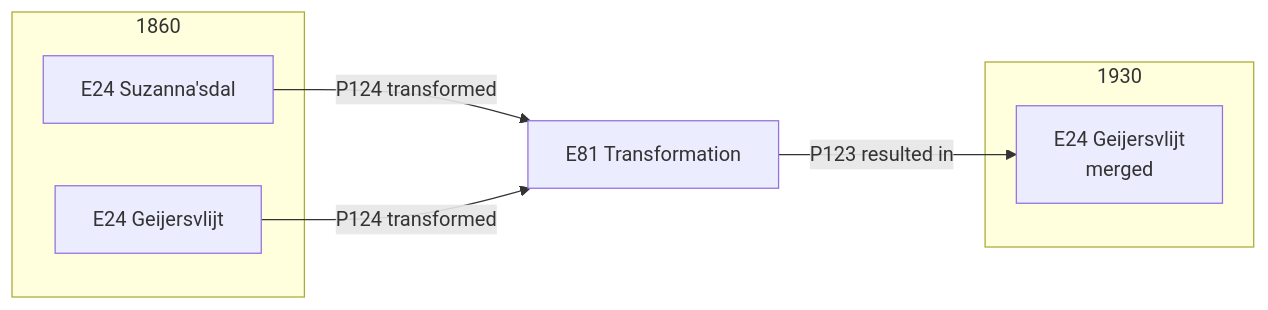
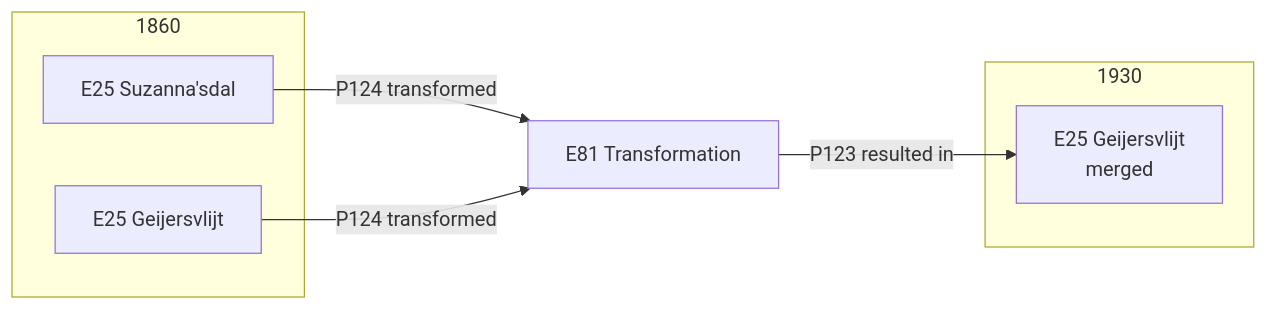
The second of 3 diagrams in .github/skills/data-model/SKILL.md (jonaschlegel/suriname-database-model), drawn with Mermaid before and after one commit. The commit also changed other lines of this file and 41 other files, not shown here.

````diff
--- a/.github/skills/data-model/SKILL.md
+++ b/.github/skills/data-model/SKILL.md
@@ -319,14 +319,14 @@
 ```mermaid
 flowchart LR
     subgraph "1860"
-        A[E24 Suzanna'sdal]
-        B[E24 Geijersvlijt]
+        A[E25 Suzanna'sdal]
+        B[E25 Geijersvlijt]
     end
     T[E81 Transformation]
     subgraph "1930"
-        C[E24 Geijersvlijt<br/>merged]
+        C[E25 Geijersvlijt<br/>merged]
     end
     A -->|P124 transformed| T
     B -->|P124 transformed| T
     T -->|P123 resulted in| C
 ```
````
